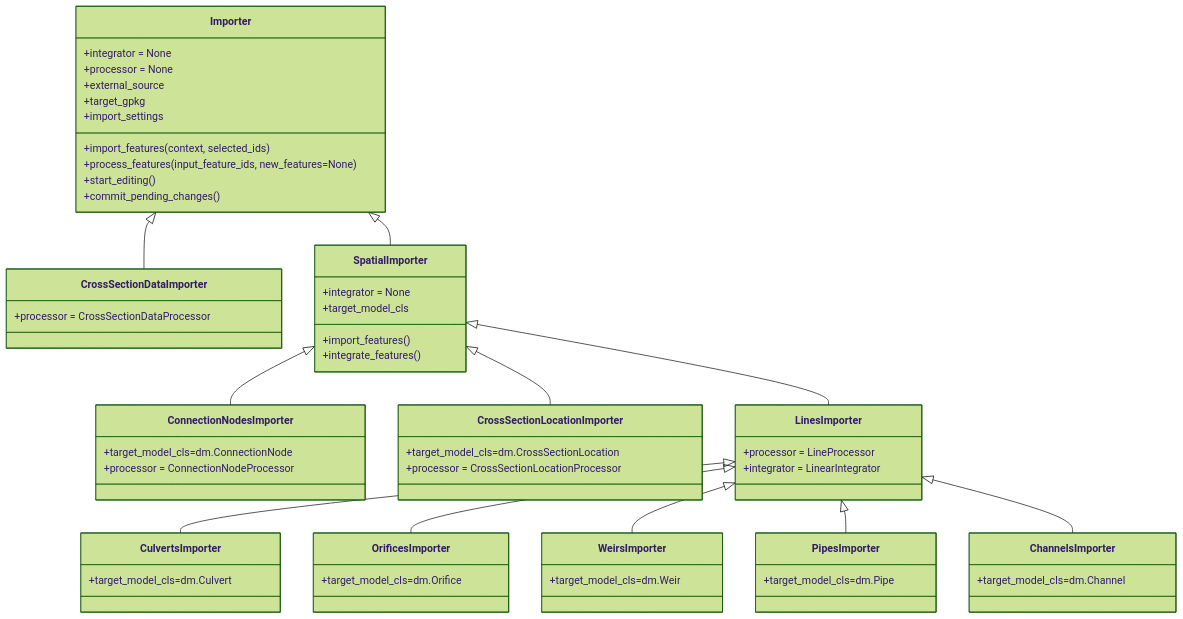
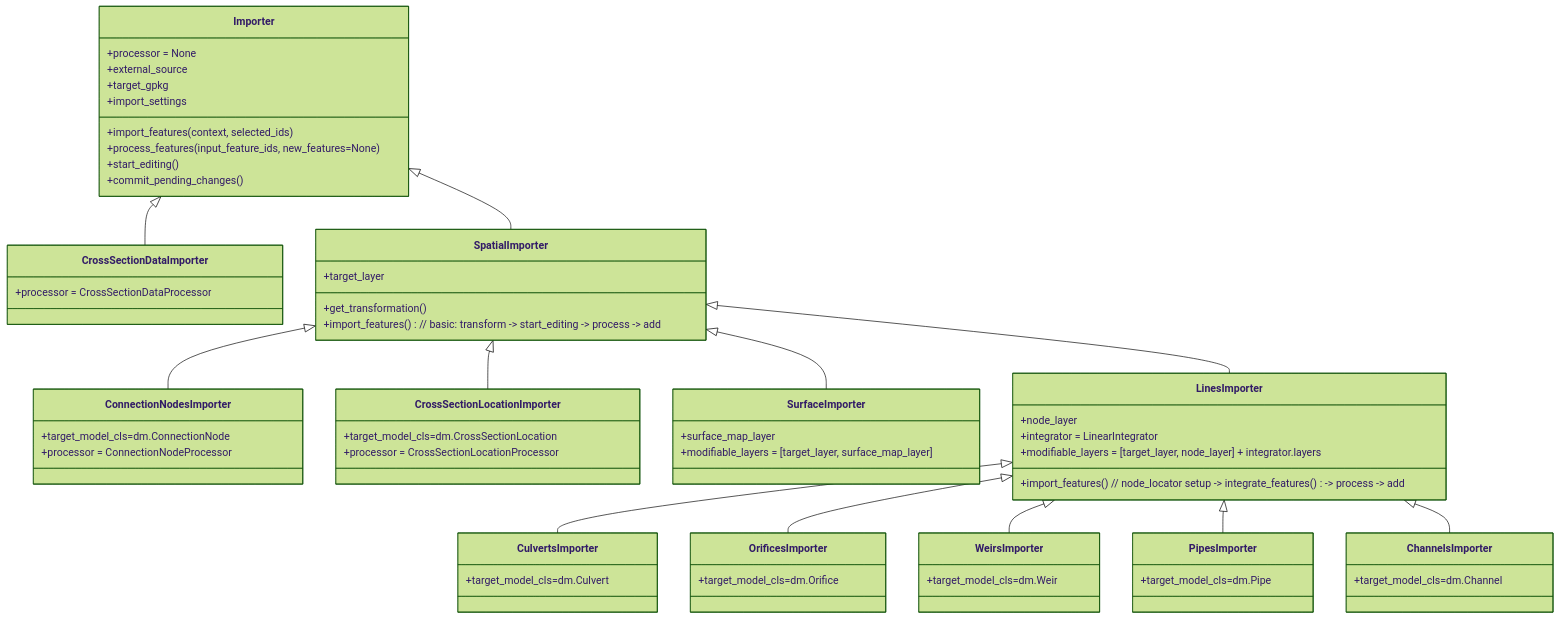
One commit to nens/threedi-schematisation-editor changed the third of 4 diagrams in threedi_schematisation_editor/vector_data_importer/DESIGN.md. Above: the diagram before and after it, drawn with Mermaid (forest theme). The commit also changed other lines of this file and 28 other files, not shown here.

First line of the commit message:
Surface importer (#506)

````diff
--- a/threedi_schematisation_editor/vector_data_importer/DESIGN.md
+++ b/threedi_schematisation_editor/vector_data_importer/DESIGN.md
@@ -118,72 +120,78 @@
 ```mermaid
 classDiagram
     Importer <|-- CrossSectionDataImporter
     Importer <|-- SpatialImporter
     SpatialImporter <|-- ConnectionNodesImporter
     SpatialImporter <|-- CrossSectionLocationImporter
+    SpatialImporter <|-- SurfaceImporter
     SpatialImporter <|-- LinesImporter
     LinesImporter <|-- CulvertsImporter
     LinesImporter <|-- OrificesImporter
     LinesImporter <|-- WeirsImporter
     LinesImporter <|-- PipesImporter
     LinesImporter <|-- ChannelsImporter
 
     class Importer {
-        +integrator = None
         +processor = None
         +external_source
         +target_gpkg
         +import_settings       
         +import_features(context, selected_ids)
         +process_features(input_feature_ids, new_features=None)
         +start_editing()
         +commit_pending_changes()
     }
 
     class CrossSectionDataImporter{
         +processor = CrossSectionDataProcessor
     }
 
     class SpatialImporter {
-        +integrator = None
-        +target_model_cls
-        +import_features()
-        +integrate_features()
+        +target_layer
+        +get_transformation()
+        +import_features()   // basic: transform -> start_editing -> process -> add
     }
 
     class ConnectionNodesImporter {
         +target_model_cls=dm.ConnectionNode
         +processor = ConnectionNodeProcessor
     }
 
     class CrossSectionLocationImporter {
         +target_model_cls=dm.CrossSectionLocation
         +processor = CrossSectionLocationProcessor
     }
 
+    class SurfaceImporter {
+        +surface_map_layer
+        +modifiable_layers = [target_layer, surface_map_layer]
+    }
+
     class LinesImporter {
-        +processor = LineProcessor
+        +node_layer
         +integrator = LinearIntegrator
+        +modifiable_layers = [target_layer, node_layer] + integrator.layers
+        +import_features() // node_locator setup -> integrate_features() -> process -> add
     }
 
     class CulvertsImporter {
         +target_model_cls=dm.Culvert
     }
 
     class OrificesImporter {
         +target_model_cls=dm.Orifice
     }
     
     class WeirsImporter {
         +target_model_cls=dm.Weir
     }
     
     class PipesImporter {
         +target_model_cls=dm.Pipe
     }    
     
     class ChannelsImporter {
         +target_model_cls=dm.Channel
     }        
 
 ```
````
